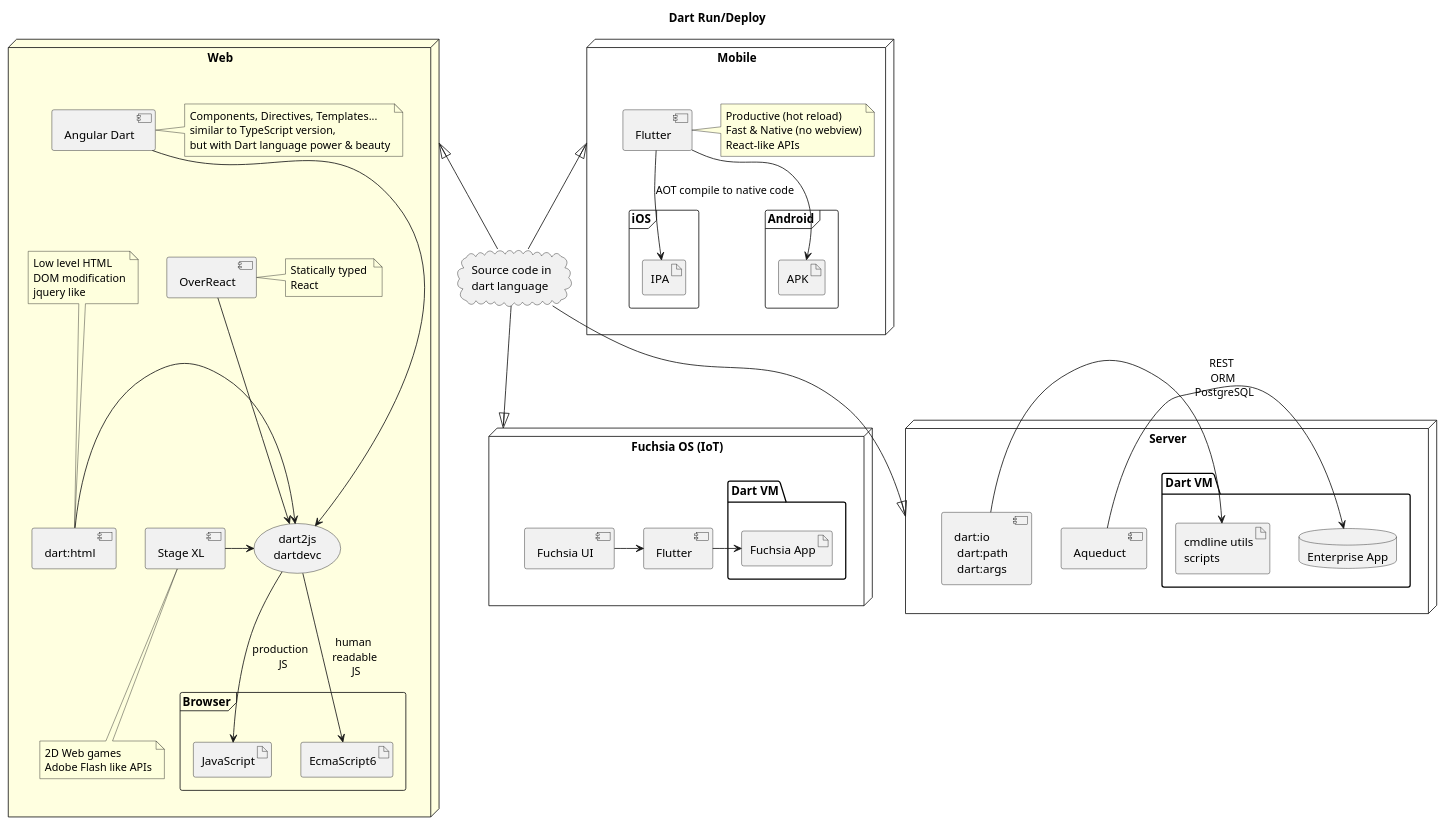
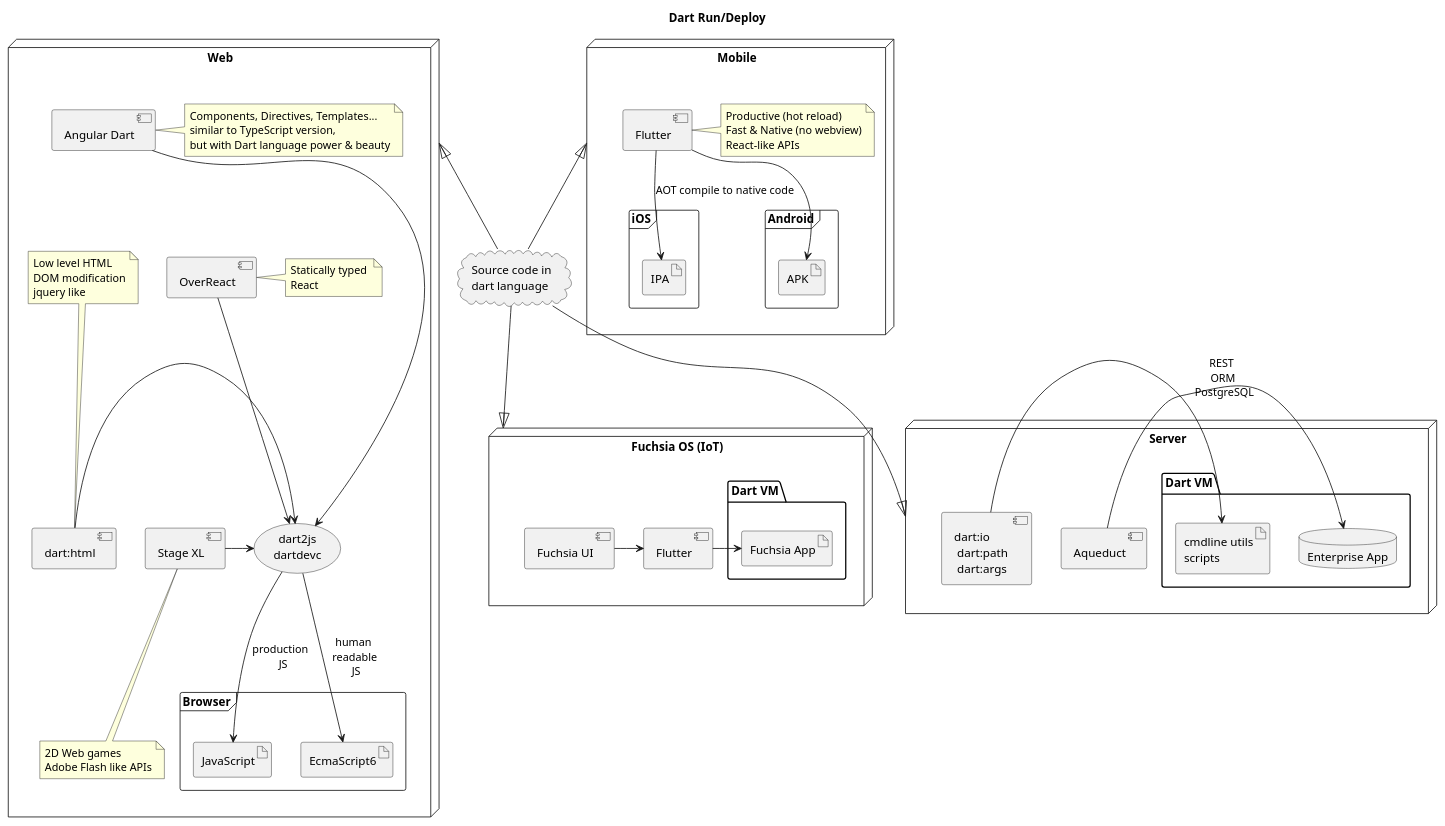
Before and after one commit to dafesimonek/dart-platform-diagrams: the diagram in run-and-deploy.puml, drawn with PlantUML. The commit also changed 2 other files, not shown here.

Commit message:
development workflow diagram

```diff
--- a/run-and-deploy.puml
+++ b/run-and-deploy.puml
@@ -1,108 +1,109 @@
 @startuml
 
 title Dart Run/Deploy
 
 cloud "Source code in \ndart language" as source
 
-node "Web" as web #lightyellow {
+
+node "Web" as web {
 
     usecase dart2js [
         dart2js
         dartdevc
     ]
 
     [Angular Dart] as angular [[https://webdev.dartlang.org/angular]]
     note right of angular
         Components, Directives, Templates...
         similar to TypeScript version,
         but with Dart language power & beauty
     end note
     angular ---> dart2js
 
     [OverReact] as overReact [[https://pub.dartlang.org/packages/over_react]]
     note right of overReact: Statically typed \nReact
     overReact --> dart2js
 
     [dart:html] as dartHtml [[https://webdev.dartlang.org/guides/web-programming#low-level-html]]
     note top of dartHtml
         Low level HTML
         DOM modification
         jquery like
     end note
     dartHtml -> dart2js
 
     [Stage XL] as stageXL [[http://www.stagexl.org/]]
     note bottom of stageXL
         2D Web games
         Adobe Flash like APIs
     end note
     stageXL -> dart2js
 
     frame Browser {
         artifact JavaScript
         artifact EcmaScript6
     }
 
     dart2js --> JavaScript: production \n JS
     dart2js --> EcmaScript6: human \n readable \n JS
 }
 
 node "Mobile" as mobile {
     [Flutter] as flutter [[https://flutter.io]]
     note right of flutter
         Productive (hot reload)
         Fast & Native (no webview)
         React-like APIs
     end note
 
     frame iOS {
         artifact IPA
     }
 
     frame Android {
         artifact APK
     }
 
     flutter --> IPA: AOT compile to native code
     flutter --> APK
 }
 
 node "Fuchsia OS (IoT)" as fuchsia {
     [Fuchsia UI] as fuchsiaUI [[https://fuchsia.googlesource.com/docs/+/master/book.md]]
 
     [Flutter] as fuchsiaFlutter
 
     package "Dart VM" as fuchsiaVM {
         artifact fuchsiaApp [
             Fuchsia App
         ]
     }
 
     fuchsiaUI -> fuchsiaFlutter
     fuchsiaFlutter -> fuchsiaApp
 
 }
 
 node "Server" as server {
     [Aqueduct] as aqueduct [[https://aqueduct.io/]]
     [dart:io \n dart:path \n dart:args] as cmdlinePackages [[https://www.dartlang.org/tutorials/dart-vm/cmdline]]
 
     package "Dart VM" {
         artifact cmdline [
             cmdline utils
             scripts
         ]
         database "Enterprise App" as enterprise
     }
 
     aqueduct -> enterprise: REST \n ORM \n PostgreSQL
     cmdlinePackages -> cmdline
 }
 
 
 source -up-|> mobile
 source -up-|> web
 source -down-|> fuchsia
 source -down-|> server
 
 @enduml
```
